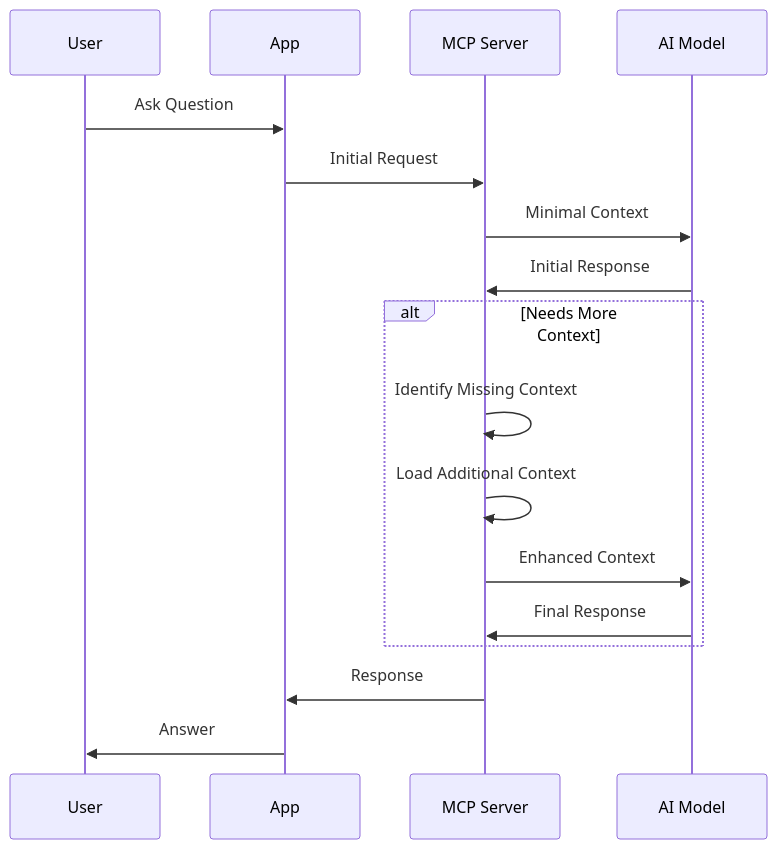
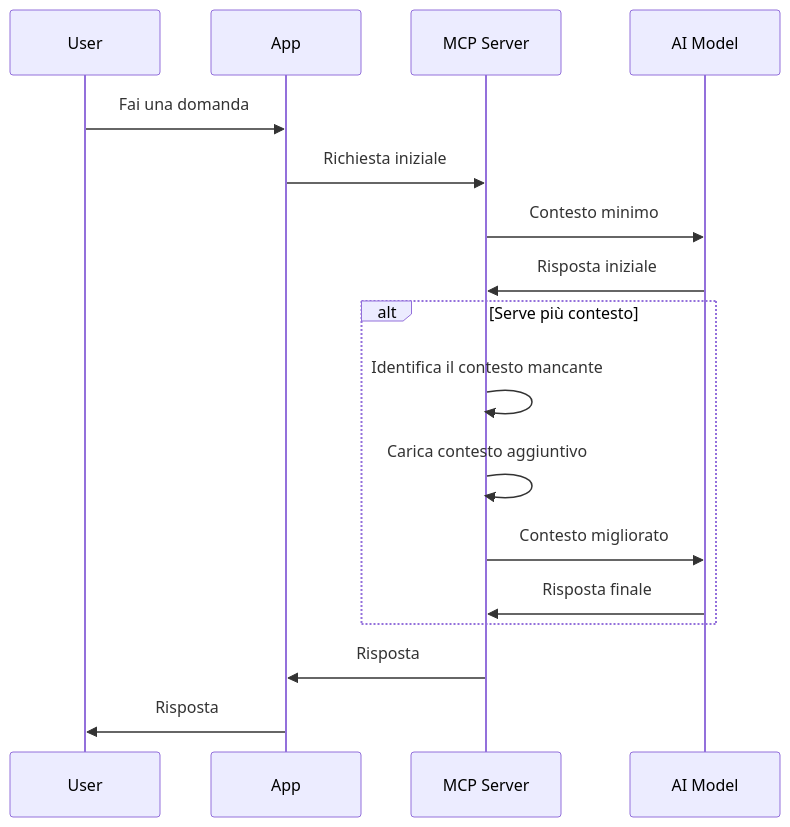
The fourth of 6 diagrams in mcp_ecosystem__model_context_protocol/mcp_learning_resources/mcp-for-beginners/translations/it/05-AdvancedTopics/mcp-contextengineering/README.md (HIDORAKAI002/ai-workspace-archive), drawn with Mermaid before and after one commit. The commit also changed other lines of this file and 1046 other files, not shown here.

````diff
--- a/mcp_ecosystem__model_context_protocol/mcp_learning_resources/mcp-for-beginners/translations/it/05-AdvancedTopics/mcp-contextengineering/README.md
+++ b/mcp_ecosystem__model_context_protocol/mcp_learning_resources/mcp-for-beginners/translations/it/05-AdvancedTopics/mcp-contextengineering/README.md
@@ -208,22 +210,22 @@
 ```mermaid
 sequenceDiagram
     participant User
     participant App
     participant MCP Server
     participant AI Model
 
-    User->>App: Ask Question
-    App->>MCP Server: Initial Request
-    MCP Server->>AI Model: Minimal Context
-    AI Model->>MCP Server: Initial Response
+    User->>App: Fai una domanda
+    App->>MCP Server: Richiesta iniziale
+    MCP Server->>AI Model: Contesto minimo
+    AI Model->>MCP Server: Risposta iniziale
     
-    alt Needs More Context
-        MCP Server->>MCP Server: Identify Missing Context
-        MCP Server->>MCP Server: Load Additional Context
-        MCP Server->>AI Model: Enhanced Context
-        AI Model->>MCP Server: Final Response
+    alt Serve più contesto
+        MCP Server->>MCP Server: Identifica il contesto mancante
+        MCP Server->>MCP Server: Carica contesto aggiuntivo
+        MCP Server->>AI Model: Contesto migliorato
+        AI Model->>MCP Server: Risposta finale
     end
     
-    MCP Server->>App: Response
-    App->>User: Answer
+    MCP Server->>App: Risposta
+    App->>User: Risposta
 ```
````
